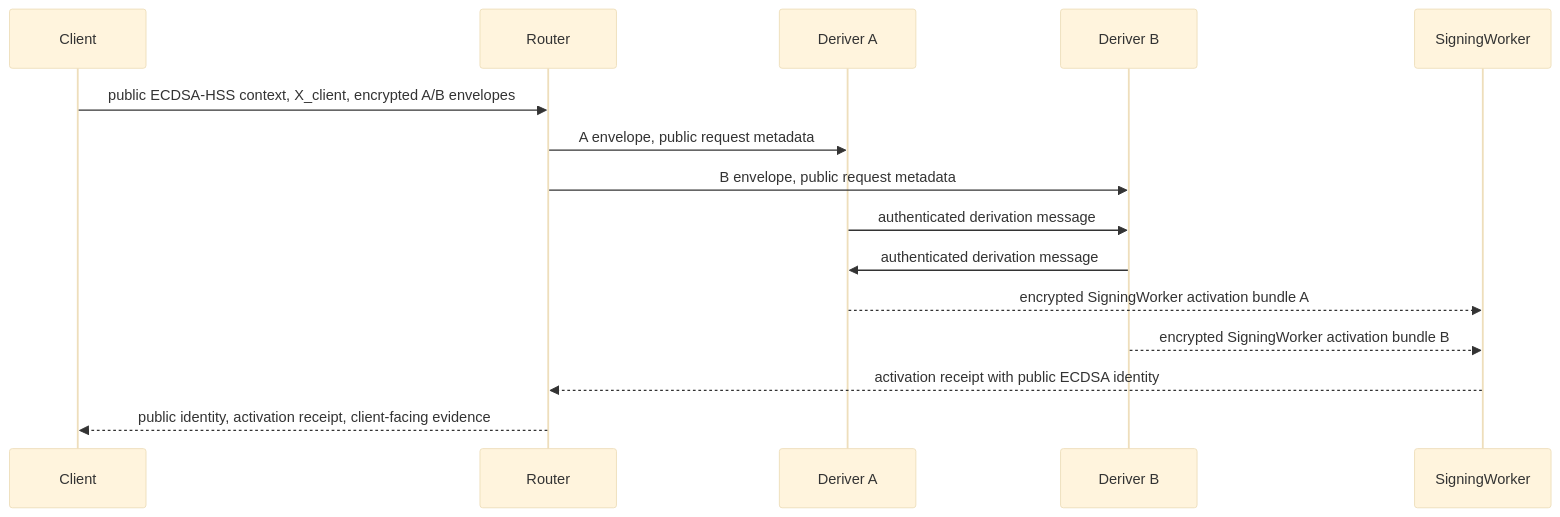
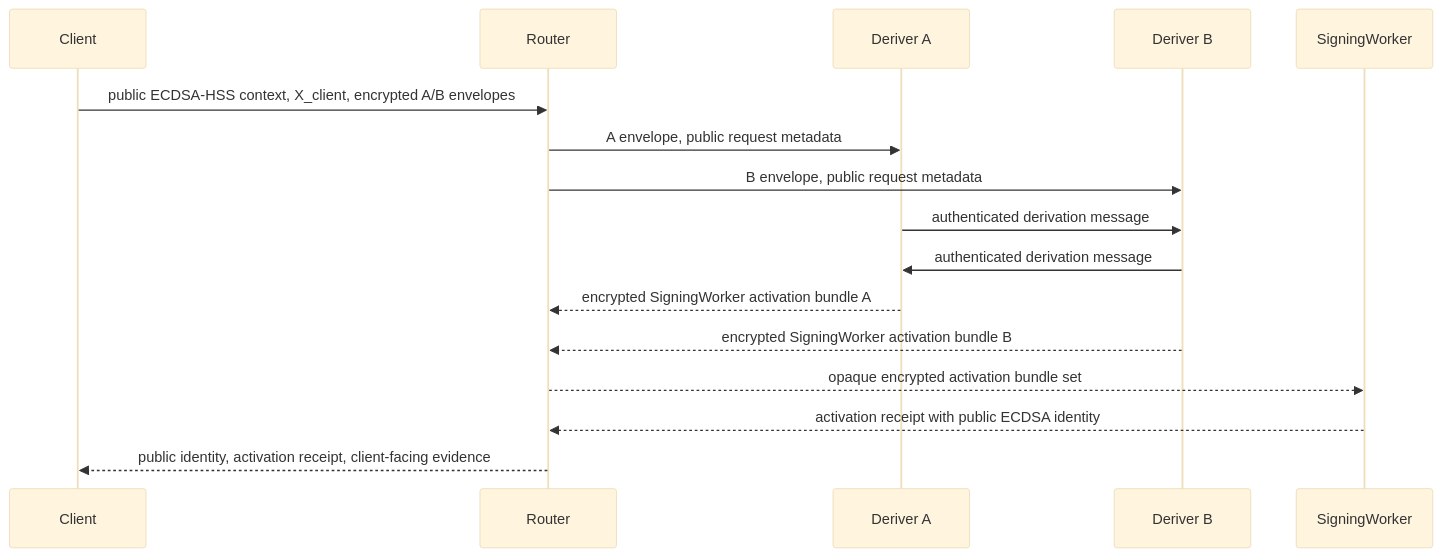
Diagram 16 of 22 in docs/router-a-b-SPEC.md (seams-tech/seams-sdk), drawn with Mermaid (base theme) before and after one commit. The commit also changed other lines of this file and 48 other files, not shown here.

````diff
--- a/docs/router-a-b-SPEC.md
+++ b/docs/router-a-b-SPEC.md
@@ -1316,18 +1369,19 @@
 ```mermaid
 sequenceDiagram
   participant C as Client
   participant R as Router
   participant A as Deriver A
   participant B as Deriver B
   participant SW as SigningWorker
 
   C->>R: public ECDSA-HSS context, X_client, encrypted A/B envelopes
   R->>A: A envelope, public request metadata
   R->>B: B envelope, public request metadata
   A->>B: authenticated derivation message
   B->>A: authenticated derivation message
-  A-->>SW: encrypted SigningWorker activation bundle A
-  B-->>SW: encrypted SigningWorker activation bundle B
+  A-->>R: encrypted SigningWorker activation bundle A
+  B-->>R: encrypted SigningWorker activation bundle B
+  R-->>SW: opaque encrypted activation bundle set
   SW-->>R: activation receipt with public ECDSA identity
   R-->>C: public identity, activation receipt, client-facing evidence
 ```
````
